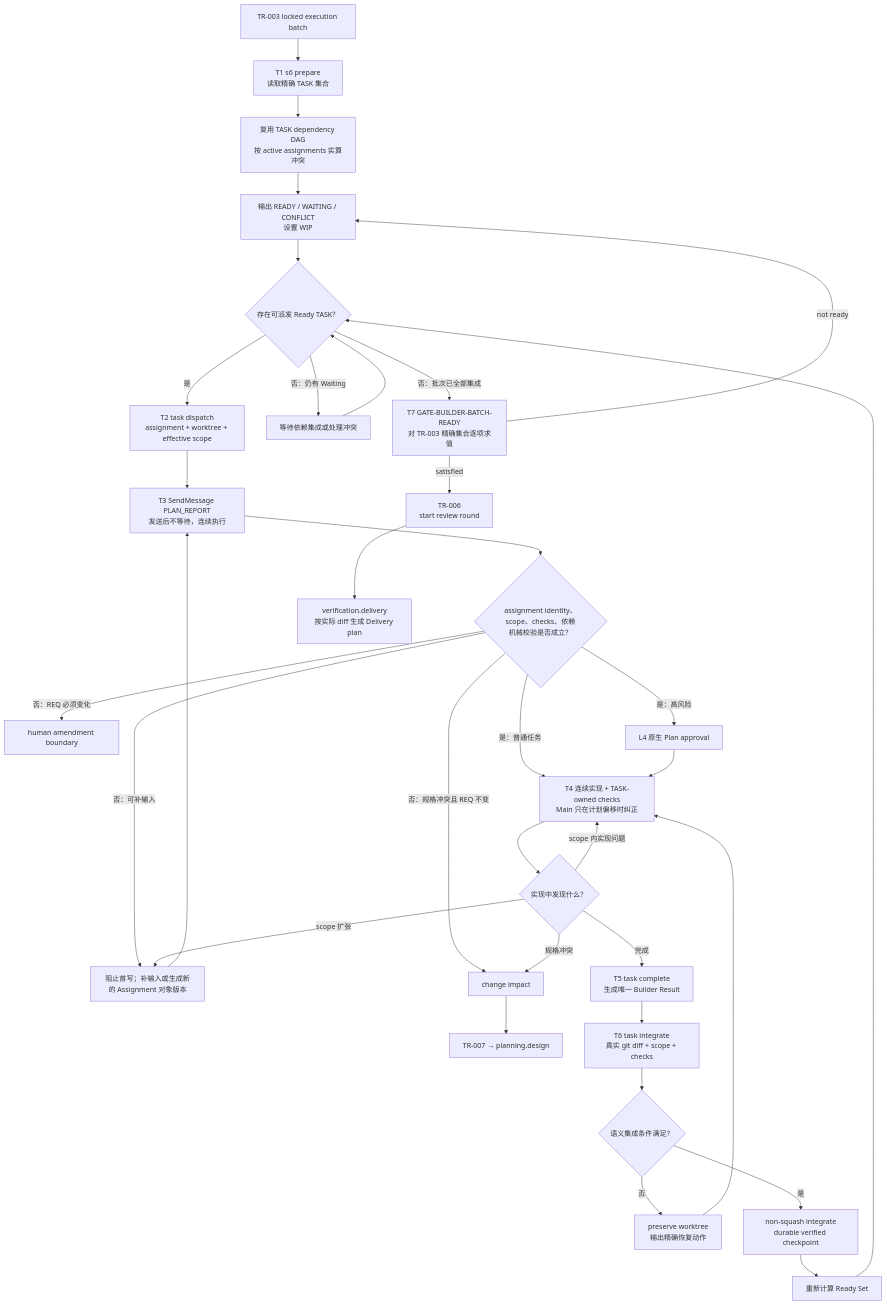
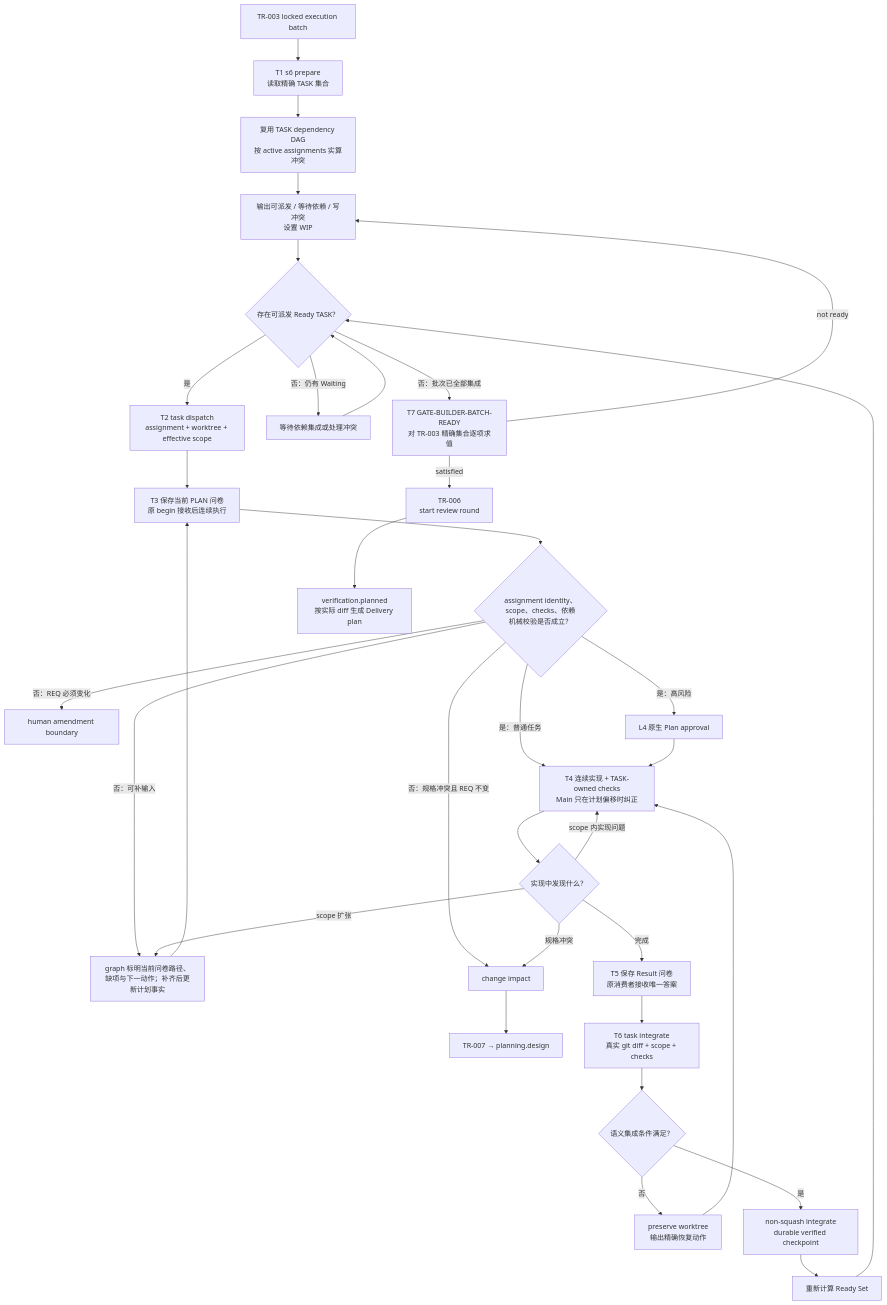
One commit to Sebs-Lee/go-system-builder changed the diagram in blueprint/l3-stages/L3-S6-build.md. Above: the diagram before and after it, drawn with Mermaid. The commit also changed other lines of this file and 969 other files, not shown here.

````diff
--- a/blueprint/l3-stages/L3-S6-build.md
+++ b/blueprint/l3-stages/L3-S6-build.md
@@ -112,39 +169,39 @@
 ```mermaid
 flowchart TD
     IN["TR-003 locked execution batch"] --> PREP["T1 s6 prepare<br/>读取精确 TASK 集合"]
     PREP --> GRAPH["复用 TASK dependency DAG<br/>按 active assignments 实算冲突"]
-    GRAPH --> BOARD["输出 READY / WAITING / CONFLICT<br/>设置 WIP"]
+    GRAPH --> BOARD["输出可派发 / 等待依赖 / 写冲突<br/>设置 WIP"]
     BOARD --> PICK{"存在可派发 Ready TASK？"}
 
     PICK -->|是| DISPATCH["T2 task dispatch<br/>assignment + worktree + effective scope"]
-    DISPATCH --> PLAN["T3 SendMessage PLAN_REPORT<br/>发送后不等待，连续执行"]
+    DISPATCH --> PLAN["T3 保存当前 PLAN 问卷<br/>原 begin 接收后连续执行"]
     PLAN --> READY{"assignment identity、scope、checks、依赖<br/>机械校验是否成立？"}
-    READY -->|否：可补输入| REVISE["阻止首写；补输入或生成新的 Assignment 对象版本"]
+    READY -->|否：可补输入| REVISE["graph 标明当前问卷路径、缺项与下一动作；补齐后更新计划事实"]
     REVISE --> PLAN
     READY -->|否：规格冲突且 REQ 不变| IMPACT["change impact"]
     IMPACT --> TR7["TR-007 → planning.design"]
     READY -->|否：REQ 必须变化| HUMAN["human amendment boundary"]
     READY -->|是：普通任务| BUILD["T4 连续实现 + TASK-owned checks<br/>Main 只在计划偏移时纠正"]
     READY -->|是：高风险| APPROVAL["L4 原生 Plan approval"]
     APPROVAL --> BUILD
     BUILD --> DISCOVER{"实现中发现什么？"}
     DISCOVER -->|scope 内实现问题| BUILD
     DISCOVER -->|scope 扩张| REVISE
     DISCOVER -->|规格冲突| IMPACT
-    DISCOVER -->|完成| RESULT["T5 task complete<br/>生成唯一 Builder Result"]
+    DISCOVER -->|完成| RESULT["T5 保存 Result 问卷<br/>原消费者接收唯一答案"]
 
     RESULT --> INSPECT["T6 task integrate<br/>真实 git diff + scope + checks"]
     INSPECT --> OK{"语义集成条件满足？"}
     OK -->|否| PRESERVE["preserve worktree<br/>输出精确恢复动作"]
     PRESERVE --> BUILD
     OK -->|是| MERGE["non-squash integrate<br/>durable verified checkpoint"]
     MERGE --> UNLOCK["重新计算 Ready Set"]
     UNLOCK --> PICK
 
     PICK -->|否：仍有 Waiting| WAIT["等待依赖集成或处理冲突"]
     WAIT --> PICK
     PICK -->|否：批次已全部集成| GATE["T7 GATE-BUILDER-BATCH-READY<br/>对 TR-003 精确集合逐项求值"]
     GATE -->|not ready| BOARD
     GATE -->|satisfied| TR6["TR-006<br/>start review round"]
-    TR6 --> S7["verification.delivery<br/>按实际 diff 生成 Delivery plan"]
+    TR6 --> S7["verification.planned<br/>按实际 diff 生成 Delivery plan"]
 ```
````
